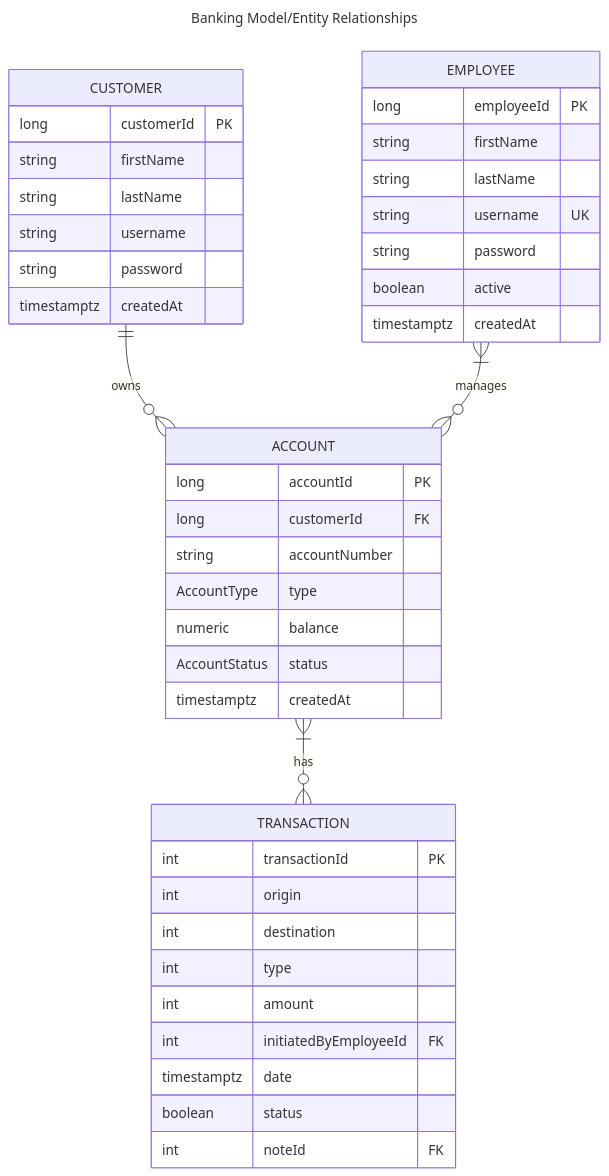
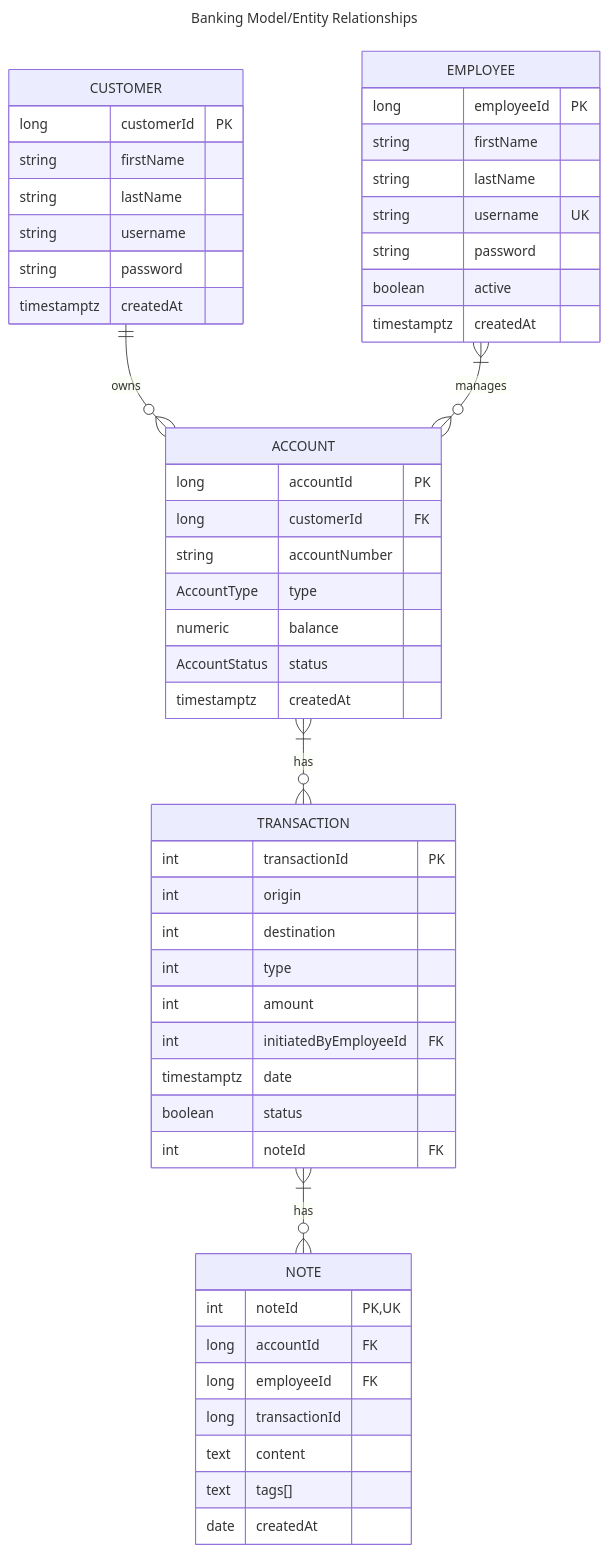
The diagram in ERD.md (schectma/P1BankingApp), drawn with Mermaid before and after one commit.

Commit message:
note added

````diff
--- a/ERD.md
+++ b/ERD.md
@@ -1,46 +1,56 @@
 ```mermaid
 ---
 title: Banking Model/Entity Relationships
 ---
 erDiagram
     CUSTOMER ||--o{ ACCOUNT : owns
     EMPLOYEE }|--o{ ACCOUNT : manages
     ACCOUNT }|--o{ TRANSACTION : has
+    TRANSACTION }|--o{ NOTE : has
     CUSTOMER{
         long customerId PK
         string firstName
         string lastName
         string username
         string password
         timestamptz createdAt
     }
     ACCOUNT{
         long accountId PK
         long customerId FK
         string accountNumber
         AccountType type
         numeric balance
         AccountStatus status
         timestamptz createdAt
     }
     EMPLOYEE{
         long employeeId PK
         string firstName
         string lastName
         string username UK
         string password
         boolean active
         timestamptz createdAt
     }
     TRANSACTION{
         int transactionId PK
         int origin
         int destination
         int type
         int amount
         int initiatedByEmployeeId FK
         timestamptz date
         boolean status
         int noteId FK
     }
+    NOTE{
+        int noteId PK,UK
+        long accountId FK
+        long employeeId FK
+        long transactionId
+        text content
+        text tags[]
+        date createdAt
+    }
 ```
````
